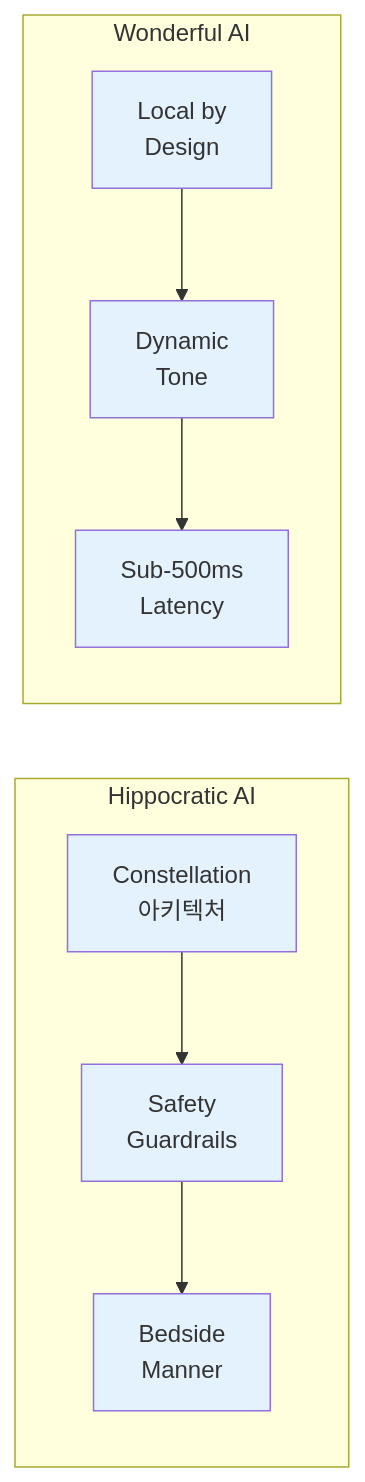
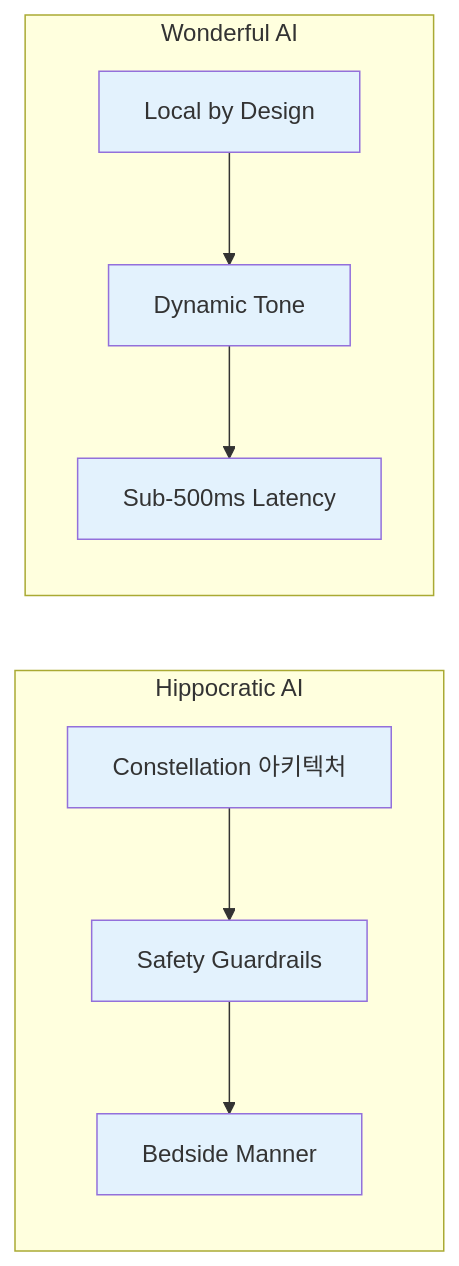
Before and after one commit to Kanghyeop/pages-book-agent101: the sixth of 7 diagrams in appendix-b/B01.md, drawn with Mermaid. The commit also changed other lines of this file and 48 other files, not shown here.

First line of the commit message:
fix: Mermaid 렌더링 + SVG 경로 수정

````diff
--- a/appendix-b/B01.md
+++ b/appendix-b/B01.md
@@ -261,19 +261,19 @@
 ```mermaid
 flowchart LR
     subgraph Hippo["Hippocratic AI"]
-        H1["Constellation<br/>아키텍처"] --> H2["Safety<br/>Guardrails"]
-        H2 --> H3["Bedside<br/>Manner"]
+        H1["Constellation 아키텍처"] --> H2["Safety Guardrails"]
+        H2 --> H3["Bedside Manner"]
     end
 
     subgraph Wonder["Wonderful AI"]
-        W1["Local by<br/>Design"] --> W2["Dynamic<br/>Tone"]
-        W2 --> W3["Sub-500ms<br/>Latency"]
+        W1["Local by Design"] --> W2["Dynamic Tone"]
+        W2 --> W3["Sub-500ms Latency"]
     end
 
     style H1 fill:#E3F2FD
     style H2 fill:#E3F2FD
     style H3 fill:#E3F2FD
     style W1 fill:#E3F2FD
     style W2 fill:#E3F2FD
     style W3 fill:#E3F2FD
 ```
````
